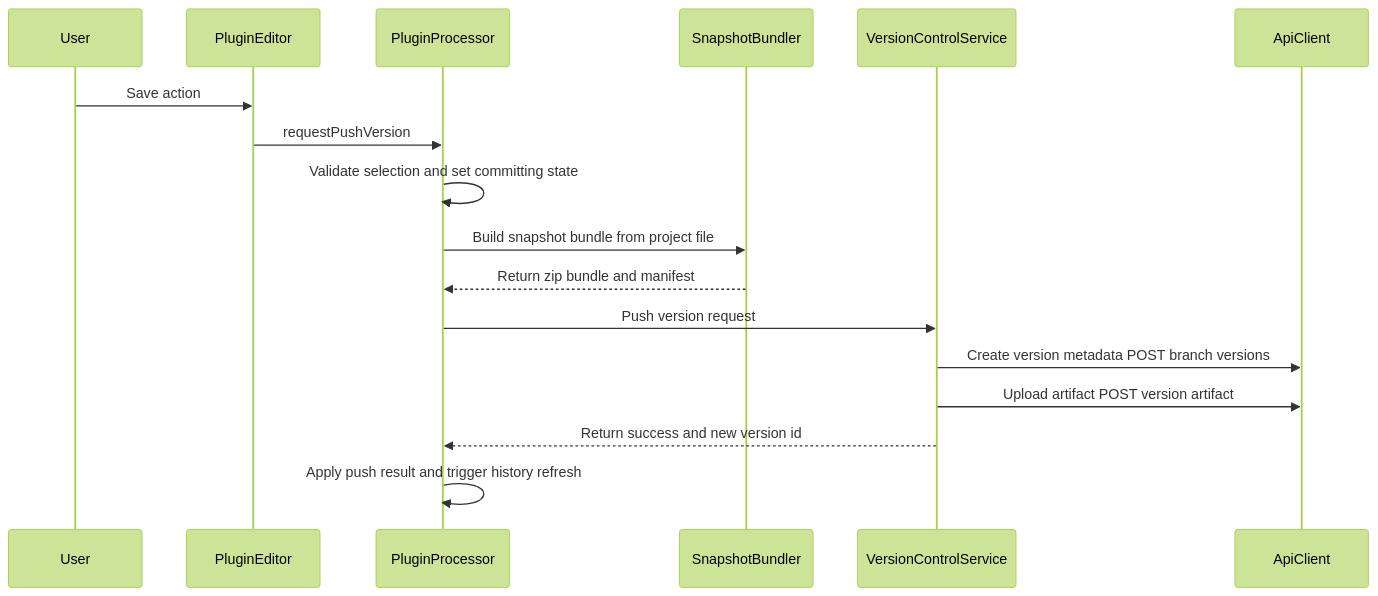
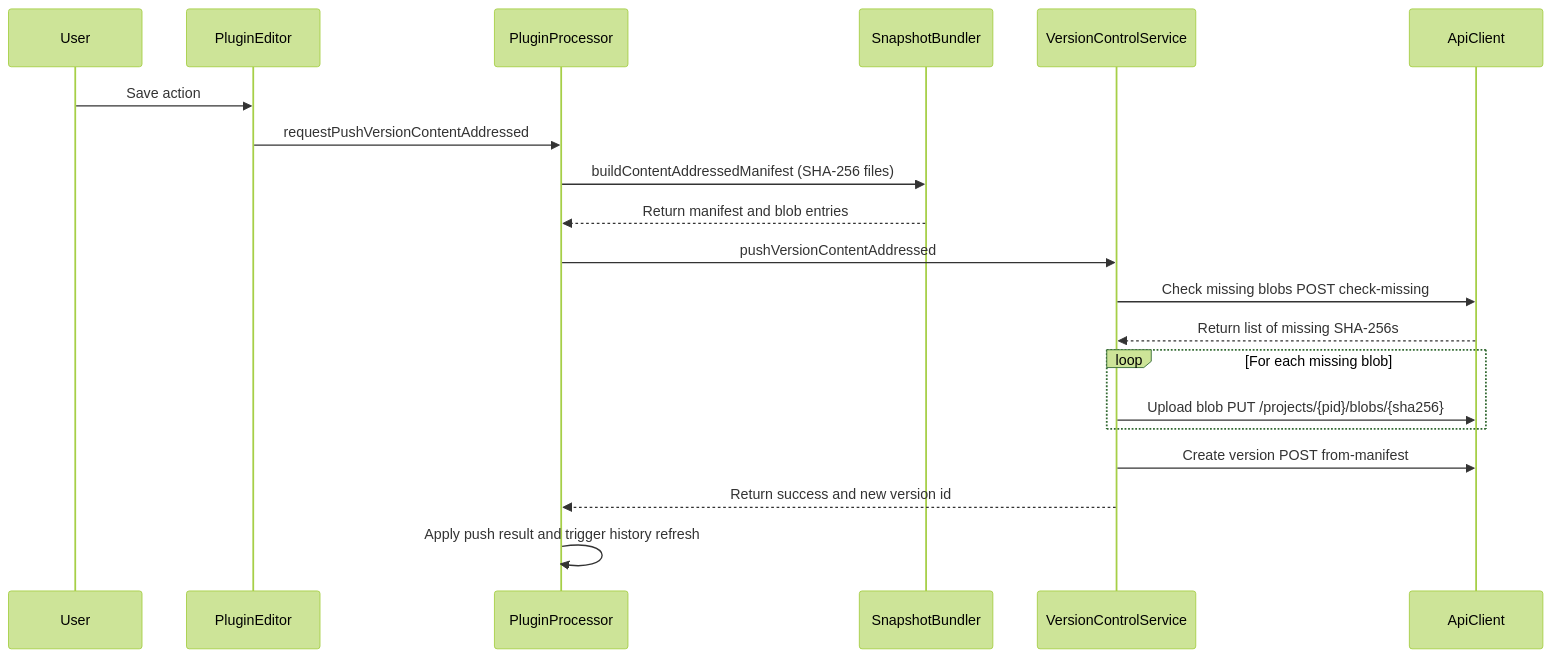
The second of 3 diagrams in docs/plugin-data-flow.md (stemhub-org/Stemhub), drawn with Mermaid (forest theme) before and after one commit. The commit also changed other lines of this file and 5 other files, not shown here.

````diff
--- a/docs/plugin-data-flow.md
+++ b/docs/plugin-data-flow.md
@@ -137,20 +151,23 @@
 ```mermaid
 sequenceDiagram
     participant U as User
     participant E as PluginEditor
     participant P as PluginProcessor
     participant S as SnapshotBundler
     participant V as VersionControlService
     participant A as ApiClient
 
     U->>E: Save action
-    E->>P: requestPushVersion
-    P->>P: Validate selection and set committing state
-    P->>S: Build snapshot bundle from project file
-    S-->>P: Return zip bundle and manifest
-    P->>V: Push version request
-    V->>A: Create version metadata POST branch versions
-    V->>A: Upload artifact POST version artifact
+    E->>P: requestPushVersionContentAddressed
+    P->>S: buildContentAddressedManifest (SHA-256 files)
+    S-->>P: Return manifest and blob entries
+    P->>V: pushVersionContentAddressed
+    V->>A: Check missing blobs POST check-missing
+    A-->>V: Return list of missing SHA-256s
+    loop For each missing blob
+        V->>A: Upload blob PUT /projects/{pid}/blobs/{sha256}
+    end
+    V->>A: Create version POST from-manifest
     V-->>P: Return success and new version id
     P->>P: Apply push result and trigger history refresh
 ```
````
